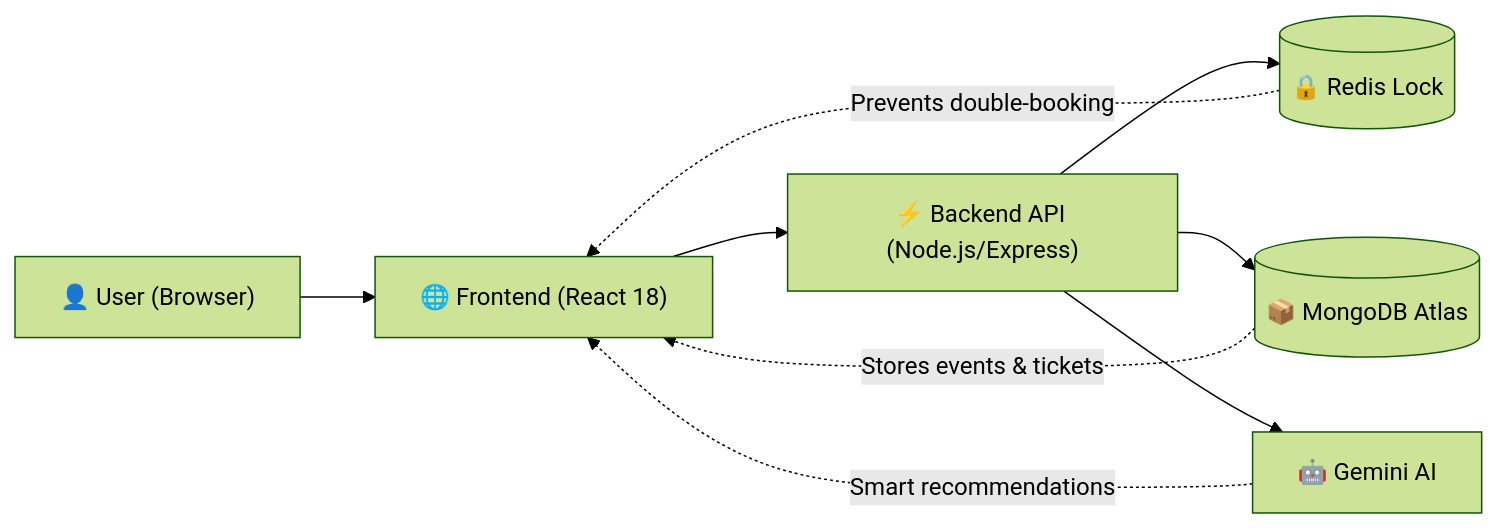
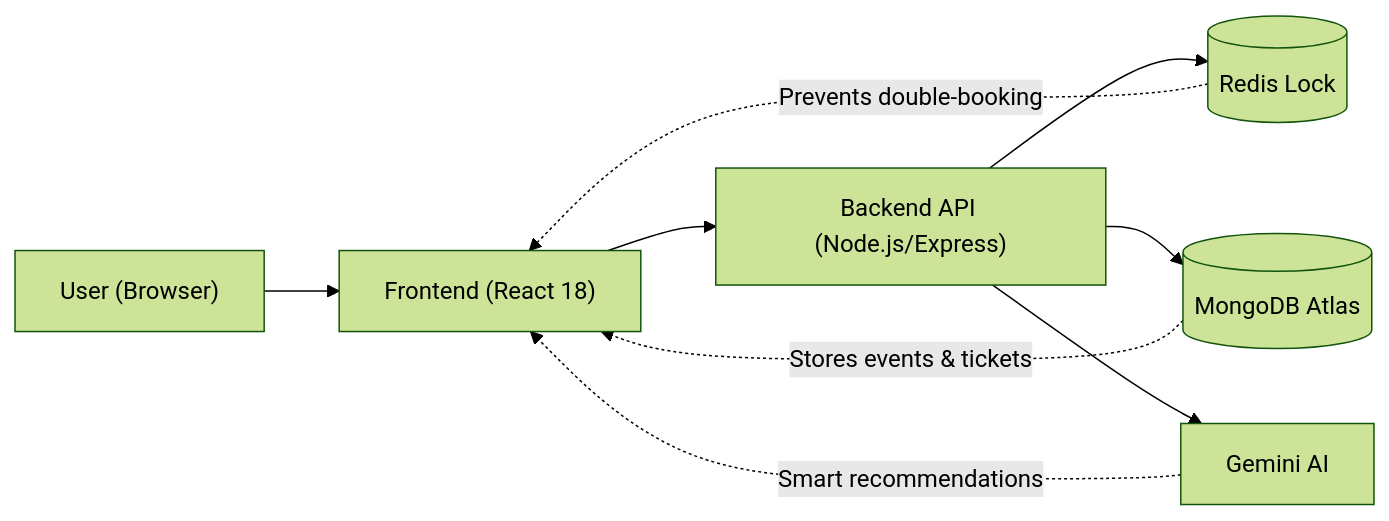
The first of 2 diagrams in README.md (vishwambhar-kinage/venuro), drawn with Mermaid (forest theme) before and after one commit. The commit also changed other lines of this file, not shown here.

````diff
--- a/README.md
+++ b/README.md
@@ -17,12 +17,12 @@
 ```mermaid
 flowchart LR
-    A["👤 User (Browser)"] --> B["🌐 Frontend (React 18)"]
-    B --> C["⚡ Backend API (Node.js/Express)"]
-    C --> D[("🔒 Redis Lock")]
-    C --> E[("📦 MongoDB Atlas")]
-    C --> F["🤖 Gemini AI"]
+    A[" User (Browser)"] --> B[" Frontend (React 18)"]
+    B --> C[" Backend API (Node.js/Express)"]
+    C --> D[(" Redis Lock")]
+    C --> E[(" MongoDB Atlas")]
+    C --> F[" Gemini AI"]
 
     D -.->|Prevents double-booking| B
     E -.->|Stores events & tickets| B
     F -.->|Smart recommendations| B
 ```
````
